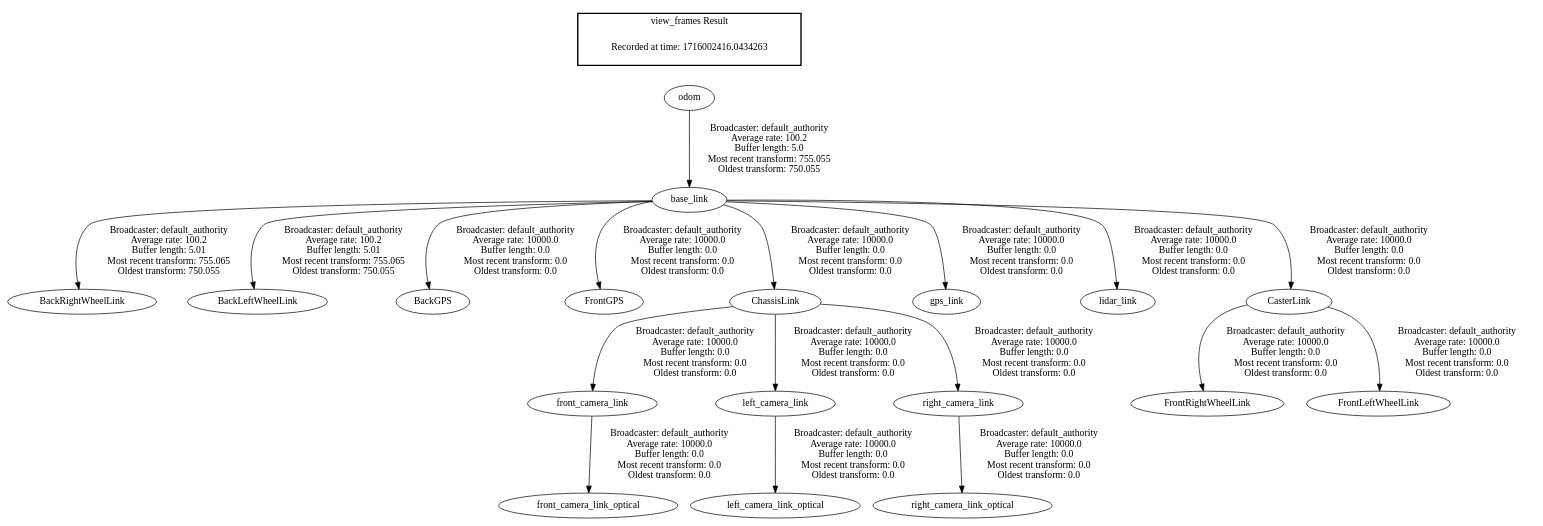
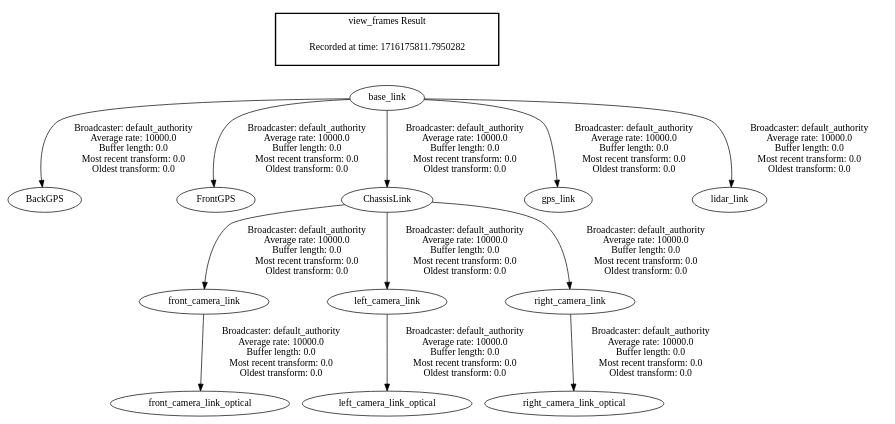
One commit to AndrewGerstenslager/ROS2_Autonomous_Vehicle changed the diagram in dokalman_library/robot_frame_stuff/frames.gv. Above: the diagram before and after it, drawn with Graphviz. The commit also changed 5 other files, not shown here.

```diff
--- a/dokalman_library/robot_frame_stuff/frames.gv
+++ b/dokalman_library/robot_frame_stuff/frames.gv
@@ -1,23 +1,17 @@
 digraph G {
-"base_link" -> "BackRightWheelLink"[label=" Broadcaster: default_authority\nAverage rate: 100.2\nBuffer length: 5.01\nMost recent transform: 755.065\nOldest transform: 750.055\n"];
-"odom" -> "base_link"[label=" Broadcaster: default_authority\nAverage rate: 100.2\nBuffer length: 5.0\nMost recent transform: 755.055\nOldest transform: 750.055\n"];
-"base_link" -> "BackLeftWheelLink"[label=" Broadcaster: default_authority\nAverage rate: 100.2\nBuffer length: 5.01\nMost recent transform: 755.065\nOldest transform: 750.055\n"];
 "base_link" -> "BackGPS"[label=" Broadcaster: default_authority\nAverage rate: 10000.0\nBuffer length: 0.0\nMost recent transform: 0.0\nOldest transform: 0.0\n"];
 "base_link" -> "FrontGPS"[label=" Broadcaster: default_authority\nAverage rate: 10000.0\nBuffer length: 0.0\nMost recent transform: 0.0\nOldest transform: 0.0\n"];
 "base_link" -> "ChassisLink"[label=" Broadcaster: default_authority\nAverage rate: 10000.0\nBuffer length: 0.0\nMost recent transform: 0.0\nOldest transform: 0.0\n"];
 "ChassisLink" -> "front_camera_link"[label=" Broadcaster: default_authority\nAverage rate: 10000.0\nBuffer length: 0.0\nMost recent transform: 0.0\nOldest transform: 0.0\n"];
 "front_camera_link" -> "front_camera_link_optical"[label=" Broadcaster: default_authority\nAverage rate: 10000.0\nBuffer length: 0.0\nMost recent transform: 0.0\nOldest transform: 0.0\n"];
 "base_link" -> "gps_link"[label=" Broadcaster: default_authority\nAverage rate: 10000.0\nBuffer length: 0.0\nMost recent transform: 0.0\nOldest transform: 0.0\n"];
 "ChassisLink" -> "left_camera_link"[label=" Broadcaster: default_authority\nAverage rate: 10000.0\nBuffer length: 0.0\nMost recent transform: 0.0\nOldest transform: 0.0\n"];
 "left_camera_link" -> "left_camera_link_optical"[label=" Broadcaster: default_authority\nAverage rate: 10000.0\nBuffer length: 0.0\nMost recent transform: 0.0\nOldest transform: 0.0\n"];
 "base_link" -> "lidar_link"[label=" Broadcaster: default_authority\nAverage rate: 10000.0\nBuffer length: 0.0\nMost recent transform: 0.0\nOldest transform: 0.0\n"];
 "ChassisLink" -> "right_camera_link"[label=" Broadcaster: default_authority\nAverage rate: 10000.0\nBuffer length: 0.0\nMost recent transform: 0.0\nOldest transform: 0.0\n"];
 "right_camera_link" -> "right_camera_link_optical"[label=" Broadcaster: default_authority\nAverage rate: 10000.0\nBuffer length: 0.0\nMost recent transform: 0.0\nOldest transform: 0.0\n"];
-"base_link" -> "CasterLink"[label=" Broadcaster: default_authority\nAverage rate: 10000.0\nBuffer length: 0.0\nMost recent transform: 0.0\nOldest transform: 0.0\n"];
-"CasterLink" -> "FrontRightWheelLink"[label=" Broadcaster: default_authority\nAverage rate: 10000.0\nBuffer length: 0.0\nMost recent transform: 0.0\nOldest transform: 0.0\n"];
-"CasterLink" -> "FrontLeftWheelLink"[label=" Broadcaster: default_authority\nAverage rate: 10000.0\nBuffer length: 0.0\nMost recent transform: 0.0\nOldest transform: 0.0\n"];
 edge [style=invis];
  subgraph cluster_legend { style=bold; color=black; label ="view_frames Result";
-"Recorded at time: 1716002416.0434263"[ shape=plaintext ] ;
-}->"odom";
+"Recorded at time: 1716175811.7950282"[ shape=plaintext ] ;
+}->"base_link";
 }
```
